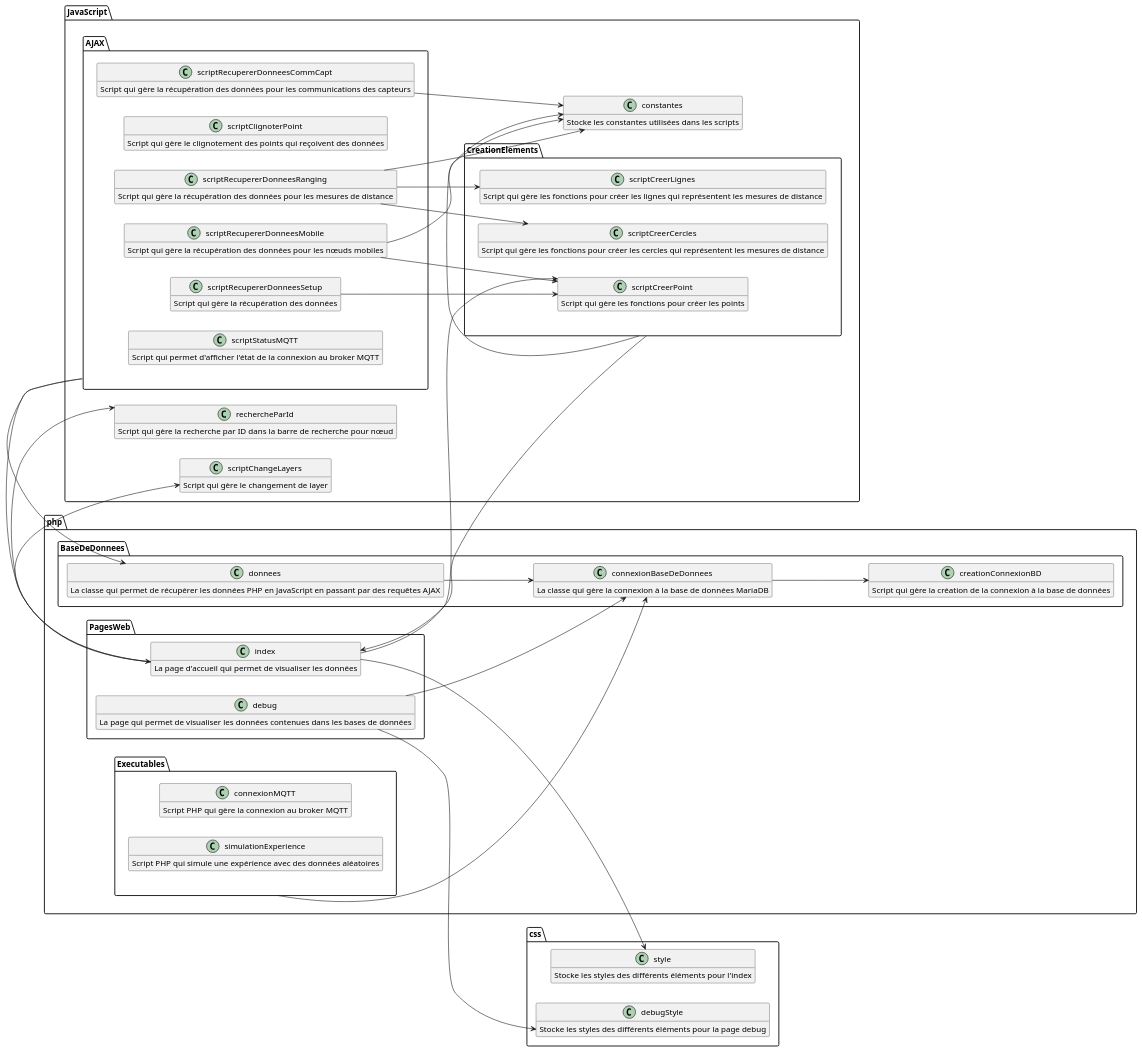
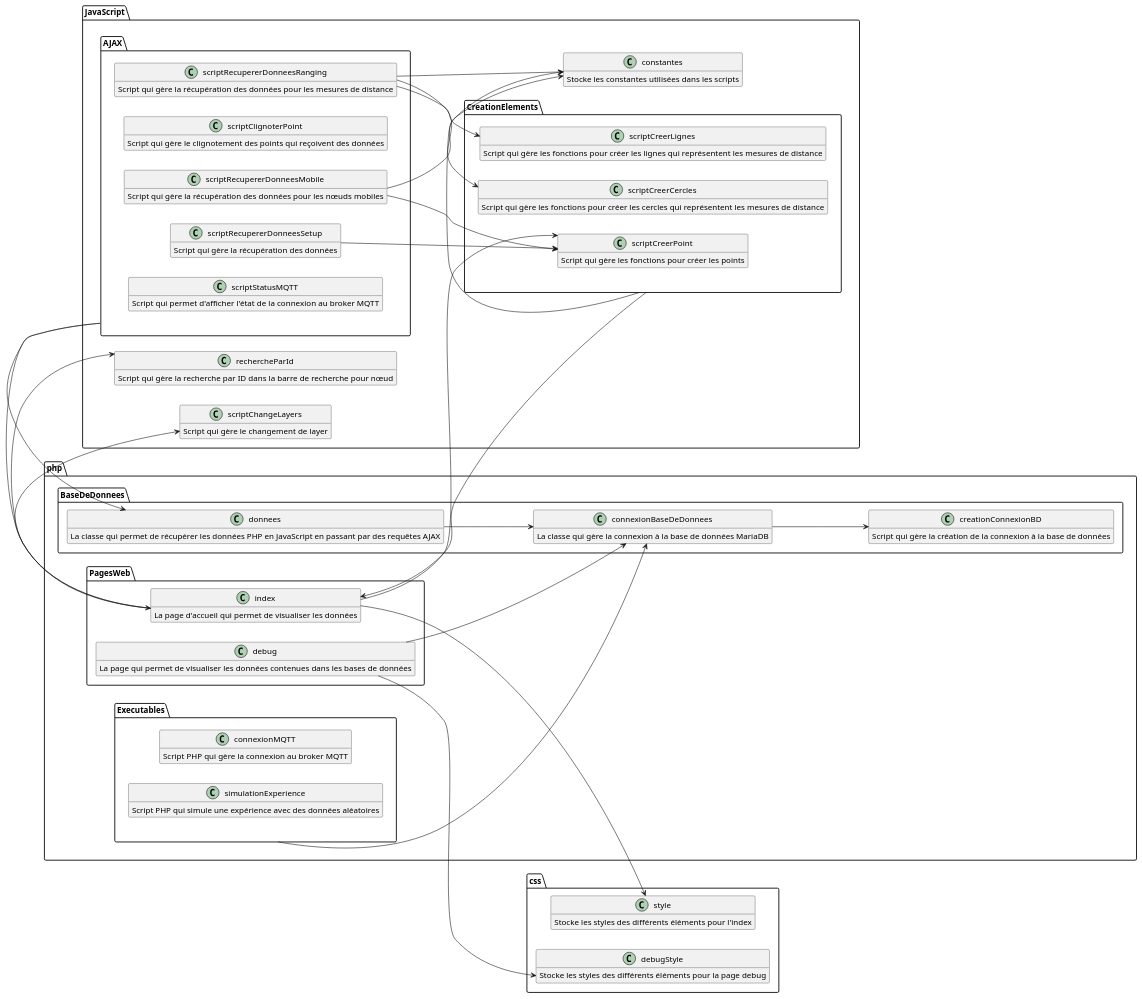
One commit to IUT-Blagnac/SAE-ALT-S3-Dev-23-24-LocURa-Equipe-3A04 changed the diagram in Doc/srcPlantUml/Diagramme de classe locur4iot V3 PAS LISIBLE.wsd. Above: the diagram before and after it, drawn with PlantUML. The commit also changed 4 other files, not shown here.

```diff
--- a/Doc/srcPlantUml/Diagramme de classe locur4iot V3 PAS LISIBLE.wsd
+++ b/Doc/srcPlantUml/Diagramme de classe locur4iot V3 PAS LISIBLE.wsd
@@ -1,142 +1,137 @@
 @startuml Diagramme de classe locur4iot
 
 left to right direction
 
 package php {
     package BaseDeDonnees {
         class creationConnexionBD {
             Script qui gère la création de la connexion à la base de données
         }
         class connexionBaseDeDonnees {
             La classe qui gère la connexion à la base de données MariaDB
         }
         class donnees {
             La classe qui permet de récupérer les données PHP en JavaScript en passant par des requêtes AJAX
         }
     }
     
     package PagesWeb {
         class index {
             La page d'accueil qui permet de visualiser les données
         }
         class debug {
             La page qui permet de visualiser les données contenues dans les bases de données
         }
     }
 
     package Executables {
         class connexionMQTT {
             Script PHP qui gère la connexion au broker MQTT
         }
         class simulationExperience {
             Script PHP qui simule une expérience avec des données aléatoires
         }
     }
 }
 
 package css {
     class style {
         Stocke les styles des différents éléments pour l'index
     }
     class debugStyle {
         Stocke les styles des différents éléments pour la page debug
     }
 }
 
 package JavaScript {
     class constantes {
         Stocke les constantes utilisées dans les scripts
     }
     class rechercheParId {
         Script qui gère la recherche par ID dans la barre de recherche pour nœud
     }
     class scriptChangeLayers {
         Script qui gère le changement de layer
     }
 
     package AJAX {
         class scriptRecupererDonneesSetup {
             Script qui gère la récupération des données
         }
         class scriptClignoterPoint {
             Script qui gère le clignotement des points qui reçoivent des données
         }
-        class scriptRecupererDonneesCommCapt {
-            Script qui gère la récupération des données pour les communications des capteurs
-        }
         class scriptRecupererDonneesMobile {
             Script qui gère la récupération des données pour les nœuds mobiles
         }
         class scriptRecupererDonneesRanging {
             Script qui gère la récupération des données pour les mesures de distance
         }
         class scriptStatusMQTT {
             Script qui permet d'afficher l'état de la connexion au broker MQTT
         }
     }
 
     package CreationElements {
         class scriptCreerPoint {
             Script qui gère les fonctions pour créer les points
         }
         class scriptCreerCercles {
             Script qui gère les fonctions pour créer les cercles qui représentent les mesures de distance
         }
         class scriptCreerLignes {
             Script qui gère les fonctions pour créer les lignes qui représentent les mesures de distance
         }
     }
 }
 
 index --> scriptChangeLayers
 index --> style
 index --> scriptCreerPoint
 index --> rechercheParId
 
 debug --> debugStyle
 debug --> connexionBaseDeDonnees
 
 connexionBaseDeDonnees --> creationConnexionBD
 
 donnees --> connexionBaseDeDonnees
 Executables --> connexionBaseDeDonnees
 
 CreationElements -> constantes
 CreationElements -> index
 
 AJAX -> index
 AJAX --> donnees
 
-scriptRecupererDonneesCommCapt --> constantes
 scriptRecupererDonneesRanging --> constantes
 scriptRecupererDonneesMobile --> constantes
 
 scriptRecupererDonneesMobile --> scriptCreerPoint
 scriptRecupererDonneesSetup --> scriptCreerPoint
 scriptRecupererDonneesRanging --> scriptCreerCercles
 scriptRecupererDonneesRanging --> scriptCreerLignes
 
 
 hide members
 show index attributes
 show connexionBaseDeDonnees attributes
 show creationConnexionBD attributes
 show connexionMQTT attributes
 show donnees attributes
 show scriptCreerPoint attributes
 show style attributes
 show debugStyle attributes
 show debug attributes
 show scriptChangeLayers attributes
 show scriptRecupererDonneesSetup attributes
 show scriptClignoterPoint attributes
-show scriptRecupererDonneesCommCapt attributes
 show scriptRecupererDonneesMobile attributes
 show scriptRecupererDonneesRanging attributes
 show scriptStatusMQTT attributes
 show scriptCreerCercles attributes
 show scriptCreerLignes attributes
 show constantes attributes
 show simulationExperience attributes
 show rechercheParId attributes
 @enduml
```
